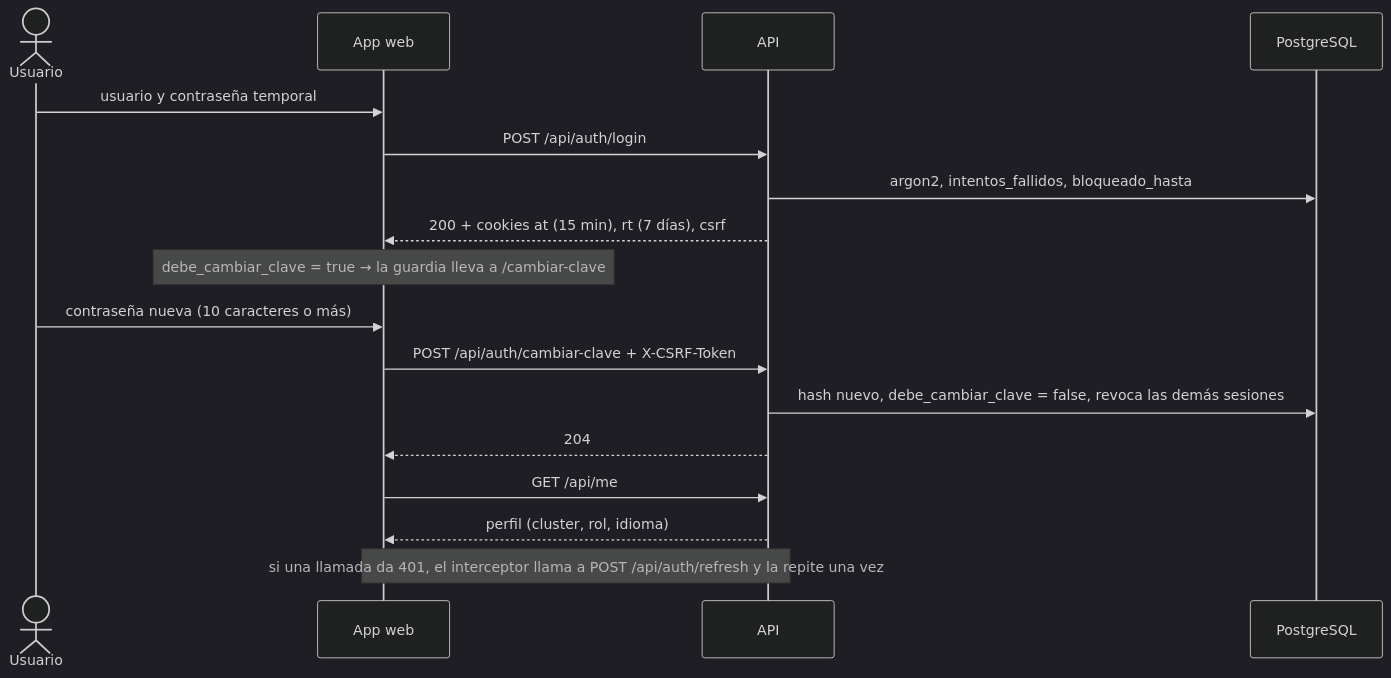
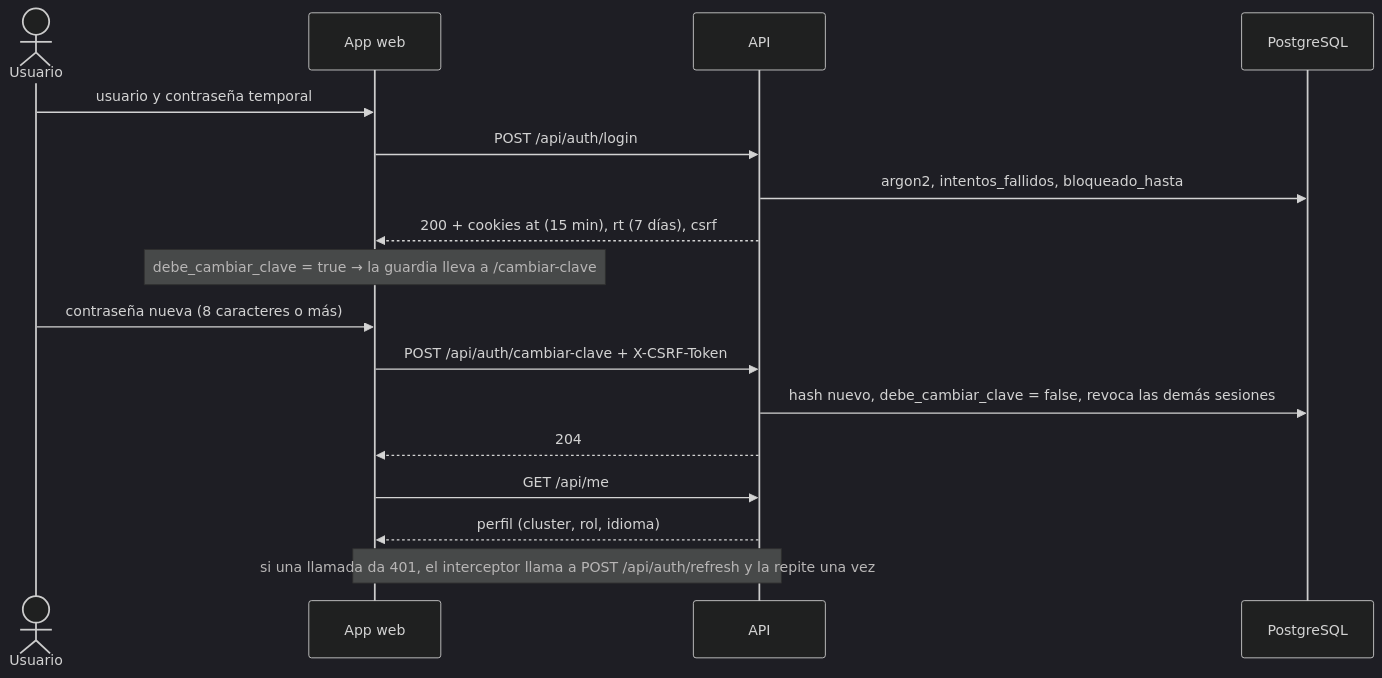
The second of 6 diagrams in docs/diseno/flujos.md (eafit-apolo/apolo-training), drawn with Mermaid (dark theme) before and after one commit. The commit also changed other lines of this file and 29 other files, not shown here.

````diff
--- a/docs/diseno/flujos.md
+++ b/docs/diseno/flujos.md
@@ -59,20 +59,20 @@
 ```mermaid
 sequenceDiagram
   actor U as Usuario
   participant W as App web
   participant API as API
   participant DB as PostgreSQL
 
   U->>W: usuario y contraseña temporal
   W->>API: POST /api/auth/login
   API->>DB: argon2, intentos_fallidos, bloqueado_hasta
   API-->>W: 200 + cookies at (15 min), rt (7 días), csrf
   Note over W: debe_cambiar_clave = true → la guardia lleva a /cambiar-clave
-  U->>W: contraseña nueva (10 caracteres o más)
+  U->>W: contraseña nueva (8 caracteres o más)
   W->>API: POST /api/auth/cambiar-clave + X-CSRF-Token
   API->>DB: hash nuevo, debe_cambiar_clave = false, revoca las demás sesiones
   API-->>W: 204
   W->>API: GET /api/me
   API-->>W: perfil (cluster, rol, idioma)
   Note over W,API: si una llamada da 401, el interceptor llama a POST /api/auth/refresh y la repite una vez
 ```
````
